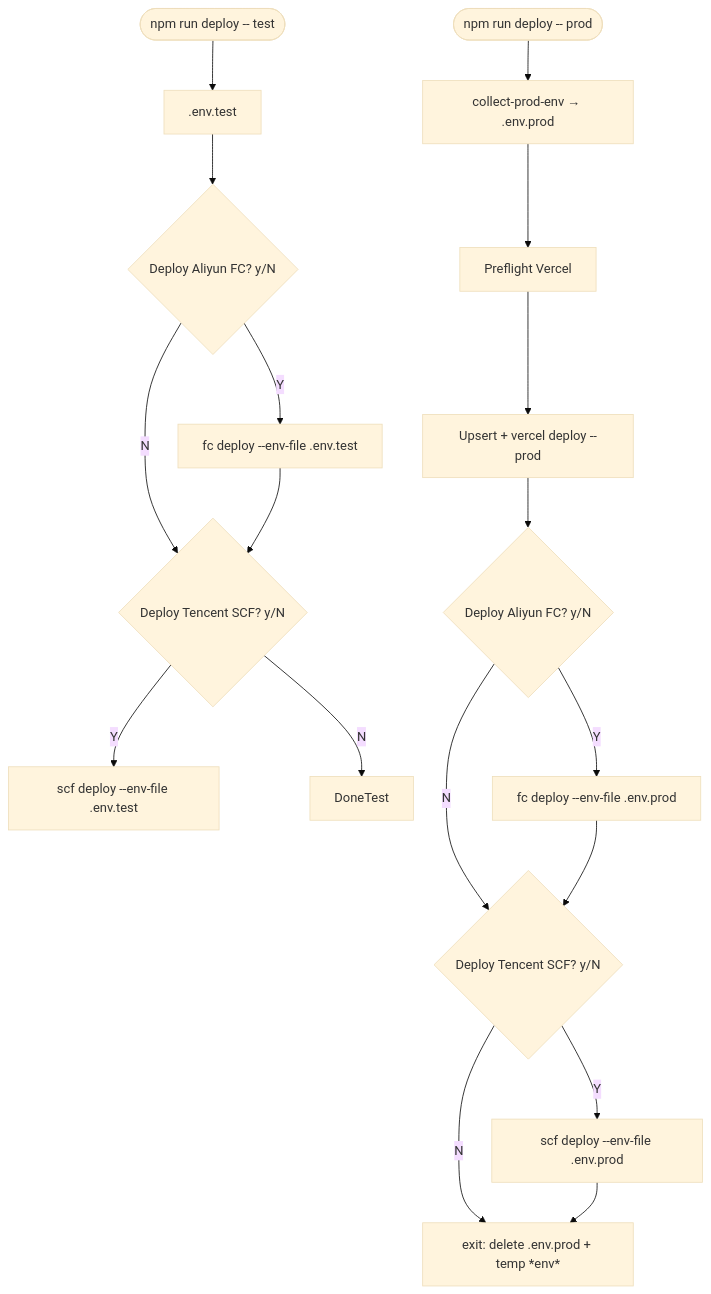
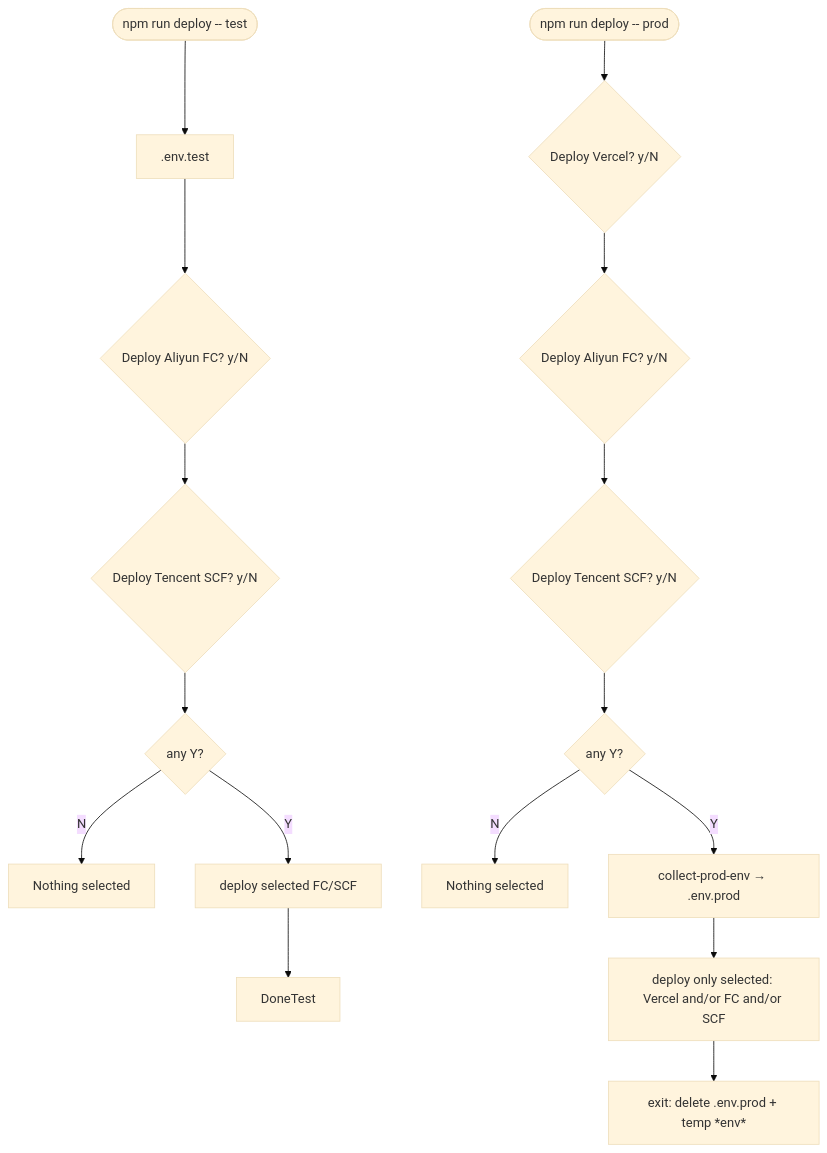
Before and after one commit to madokast/DigitalTwin2026: the second of 2 diagrams in docs/20260802-faas-multi-cloud.md, drawn with Mermaid (base theme). The commit also changed other lines of this file and 16 other files, not shown here.

First line of the commit message:
Fix prod deploy UX and SCF Go1 packaging after first successful multi-cloud run.

````diff
--- a/docs/20260802-faas-multi-cloud.md
+++ b/docs/20260802-faas-multi-cloud.md
@@ -149,21 +150,19 @@
 ```mermaid
 flowchart TD
   StartTest([npm run deploy -- test]) --> EnvTest[.env.test]
   EnvTest --> AskFC1{Deploy Aliyun FC? y/N}
-  AskFC1 -->|Y| Fc1[fc deploy --env-file .env.test]
-  AskFC1 -->|N| AskSCF1
-  Fc1 --> AskSCF1{Deploy Tencent SCF? y/N}
-  AskSCF1 -->|Y| Scf1[scf deploy --env-file .env.test]
-  AskSCF1 -->|N| DoneTest
+  AskFC1 --> AskSCF1{Deploy Tencent SCF? y/N}
+  AskSCF1 --> AnyTest{any Y?}
+  AnyTest -->|N| ExitTest[Nothing selected]
+  AnyTest -->|Y| RunTest[deploy selected FC/SCF]
+  RunTest --> DoneTest
 
-  StartProd([npm run deploy -- prod]) --> Collect[collect-prod-env → .env.prod]
-  Collect --> VPre[Preflight Vercel]
-  VPre --> VUp[Upsert + vercel deploy --prod]
-  VUp --> AskFC2{Deploy Aliyun FC? y/N}
-  AskFC2 -->|Y| Fc2[fc deploy --env-file .env.prod]
-  AskFC2 -->|N| AskSCF2
-  Fc2 --> AskSCF2{Deploy Tencent SCF? y/N}
-  AskSCF2 -->|Y| Scf2[scf deploy --env-file .env.prod]
-  AskSCF2 -->|N| Cleanup
-  Scf2 --> Cleanup[exit: delete .env.prod + temp *env*]
+  StartProd([npm run deploy -- prod]) --> AskV{Deploy Vercel? y/N}
+  AskV --> AskFC2{Deploy Aliyun FC? y/N}
+  AskFC2 --> AskSCF2{Deploy Tencent SCF? y/N}
+  AskSCF2 --> AnyProd{any Y?}
+  AnyProd -->|N| ExitProd[Nothing selected]
+  AnyProd -->|Y| Collect[collect-prod-env → .env.prod]
+  Collect --> RunProd[deploy only selected: Vercel and/or FC and/or SCF]
+  RunProd --> Cleanup[exit: delete .env.prod + temp *env*]
 ```
````
